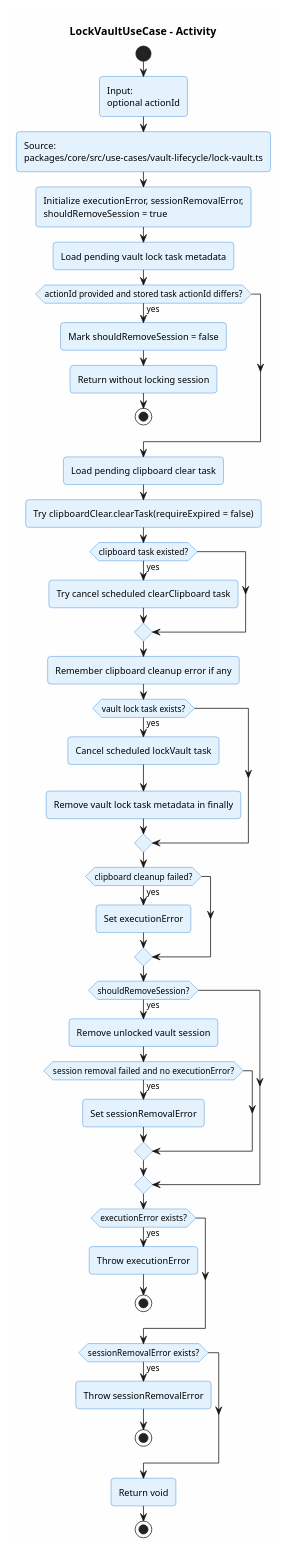
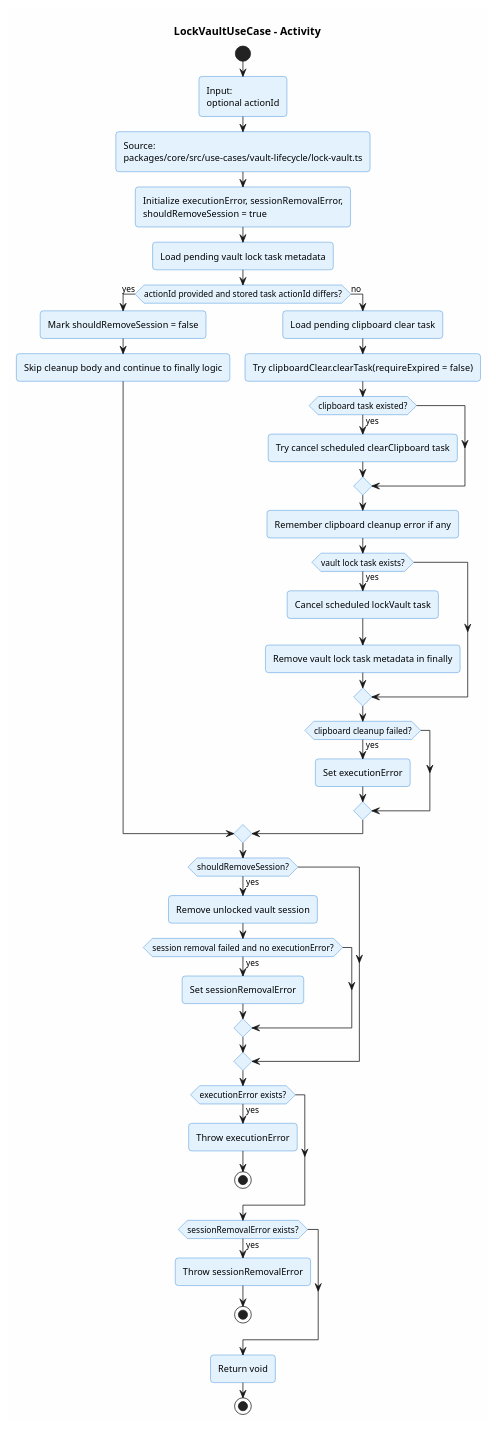
The diagram in docs/v1/use-case/vault-lifecycle/lock-vault.activity.puml (ArionStudio/engr-serverless-pm), drawn with PlantUML before and after one commit. The commit also changed 3 other files, not shown here.

Commit message:
docs: resolve use-case diagram review comments

```diff
--- a/docs/v1/use-case/vault-lifecycle/lock-vault.activity.puml
+++ b/docs/v1/use-case/vault-lifecycle/lock-vault.activity.puml
@@ -1,57 +1,56 @@
 @startuml lock-vault-activity
 title LockVaultUseCase - Activity
 
 skinparam backgroundColor #FEFEFE
 skinparam roundcorner 8
 skinparam shadowing false
 skinparam activity {
   BackgroundColor #E3F2FD
   BorderColor #1976D2
 }
 
 start
 :Input:\noptional actionId;
 :Source:\npackages/core/src/use-cases/vault-lifecycle/lock-vault.ts;
 :Initialize executionError, sessionRemovalError,\nshouldRemoveSession = true;
 :Load pending vault lock task metadata;
 
 if (actionId provided and stored task actionId differs?) then (yes)
   :Mark shouldRemoveSession = false;
-  :Return without locking session;
-  stop
-endif
+  :Skip cleanup body and continue to finally logic;
+else (no)
+  :Load pending clipboard clear task;
+  :Try clipboardClear.clearTask(requireExpired = false);
+  if (clipboard task existed?) then (yes)
+    :Try cancel scheduled clearClipboard task;
+  endif
+  :Remember clipboard cleanup error if any;
 
-:Load pending clipboard clear task;
-:Try clipboardClear.clearTask(requireExpired = false);
-if (clipboard task existed?) then (yes)
-  :Try cancel scheduled clearClipboard task;
-endif
-:Remember clipboard cleanup error if any;
+  if (vault lock task exists?) then (yes)
+    :Cancel scheduled lockVault task;
+    :Remove vault lock task metadata in finally;
+  endif
 
-if (vault lock task exists?) then (yes)
-  :Cancel scheduled lockVault task;
-  :Remove vault lock task metadata in finally;
-endif
-
-if (clipboard cleanup failed?) then (yes)
-  :Set executionError;
+  if (clipboard cleanup failed?) then (yes)
+    :Set executionError;
+  endif
 endif
 
 if (shouldRemoveSession?) then (yes)
   :Remove unlocked vault session;
   if (session removal failed and no executionError?) then (yes)
     :Set sessionRemovalError;
   endif
 endif
 
 if (executionError exists?) then (yes)
   :Throw executionError;
   stop
 endif
 if (sessionRemovalError exists?) then (yes)
   :Throw sessionRemovalError;
   stop
 endif
 :Return void;
 stop
 @enduml
```
